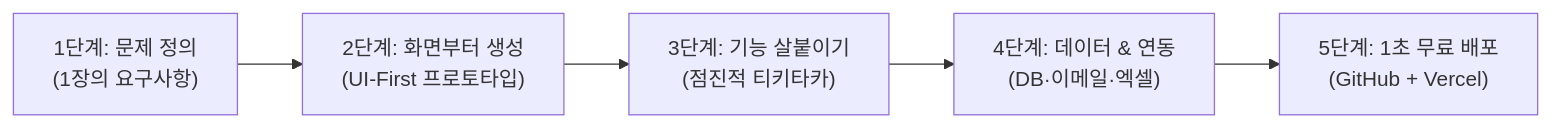
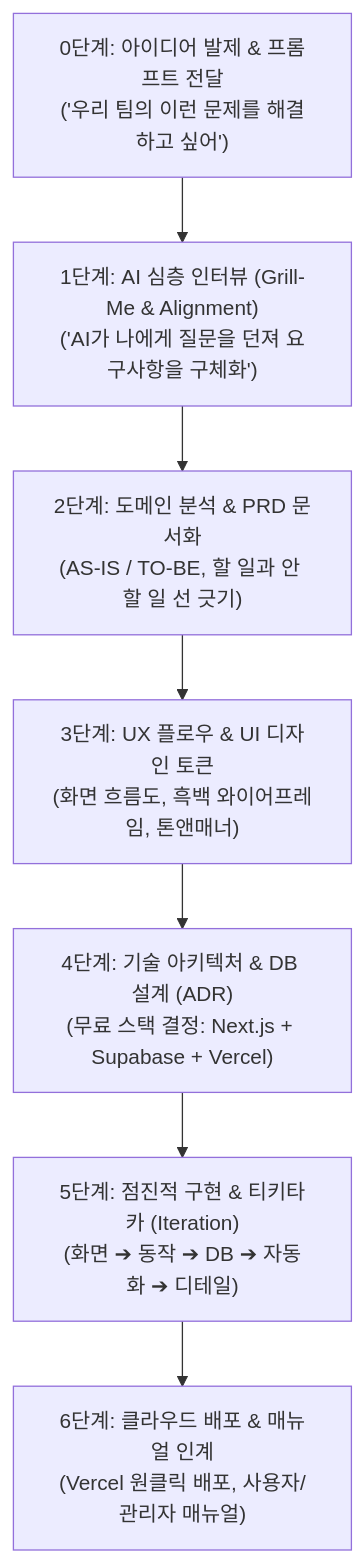
Before and after one commit to kimyeasll-byte/hr-sync: the diagram in docs/UNIVERSAL_WEB_BUILDER_GUIDE.md, drawn with Mermaid. The commit also changed other lines of this file, not shown here.

Commit message:
docs: AI 심층 인터뷰부터 PRD, UX/UI, 기술결정, 구현, 배포까지의 6단계 End-to-End 가이드(UNIVERSAL_WEB_BUILDER_GUIDE.md) 개정

````diff
--- a/docs/UNIVERSAL_WEB_BUILDER_GUIDE.md
+++ b/docs/UNIVERSAL_WEB_BUILDER_GUIDE.md
@@ -25,7 +12,9 @@
 ```mermaid
-flowchart LR
-    S1["1단계: 문제 정의\n(1장의 요구사항)"] --> S2["2단계: 화면부터 생성\n(UI-First 프로토타입)"]
-    S2 --> S3["3단계: 기능 살붙이기\n(점진적 티키타카)"]
-    S3 --> S4["4단계: 데이터 & 연동\n(DB·이메일·엑셀)"]
-    S4 --> S5["5단계: 1초 무료 배포\n(GitHub + Vercel)"]
+flowchart TD
+    Step0["0단계: 아이디어 발제 & 프롬프트 전달\n('우리 팀의 이런 문제를 해결하고 싶어')"] --> Step1["1단계: AI 심층 인터뷰 (Grill-Me & Alignment)\n('AI가 나에게 질문을 던져 요구사항을 구체화')"]
+    Step1 --> Step2["2단계: 도메인 분석 & PRD 문서화\n(AS-IS / TO-BE, 할 일과 안 할 일 선 긋기)"]
+    Step2 --> Step3["3단계: UX 플로우 & UI 디자인 토큰\n(화면 흐름도, 흑백 와이어프레임, 톤앤매너)"]
+    Step3 --> Step4["4단계: 기술 아키텍처 & DB 설계 (ADR)\n(무료 스택 결정: Next.js + Supabase + Vercel)"]
+    Step4 --> Step5["5단계: 점진적 구현 & 티키타카 (Iteration)\n(화면 ➔ 동작 ➔ DB ➔ 자동화 ➔ 디테일)"]
+    Step5 --> Step6["6단계: 클라우드 배포 & 매뉴얼 인계\n(Vercel 원클릭 배포, 사용자/관리자 매뉴얼)"]
 ```
````
